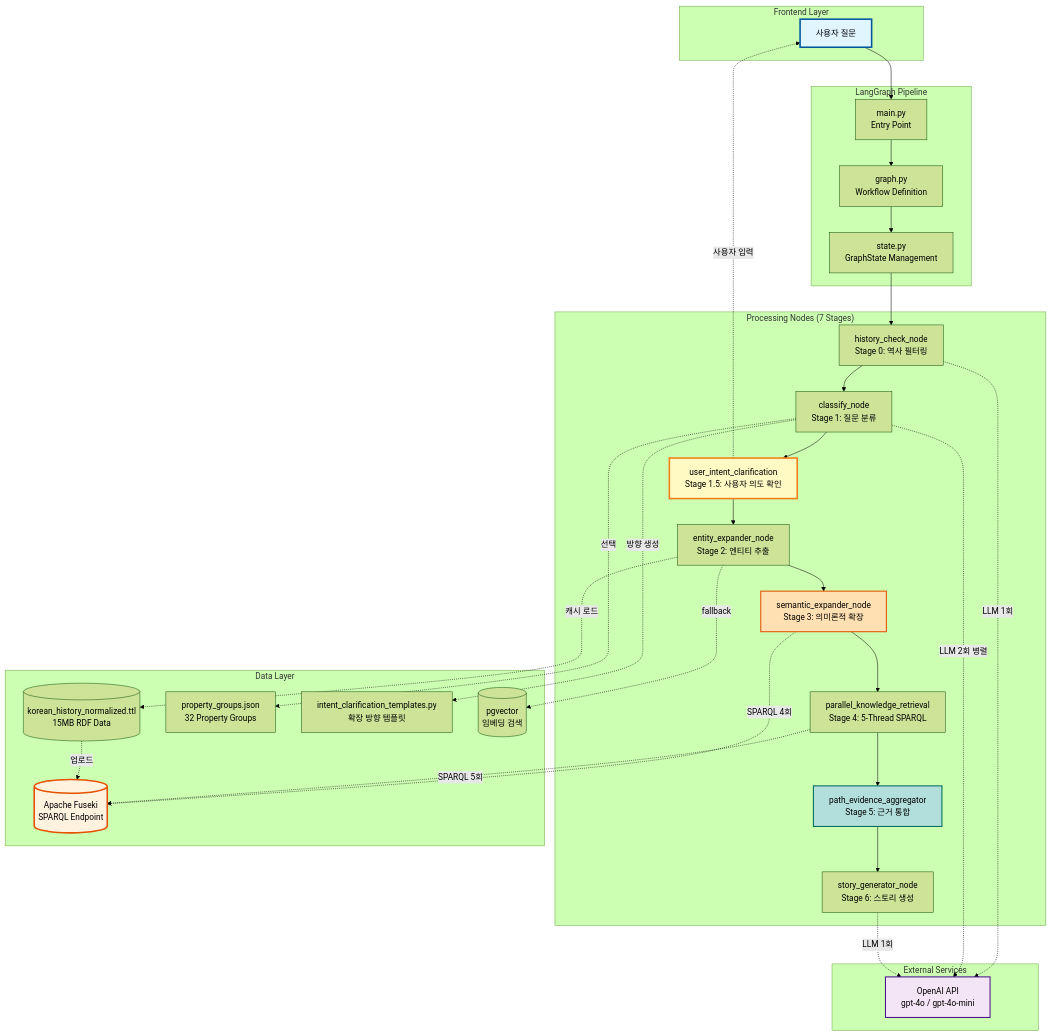
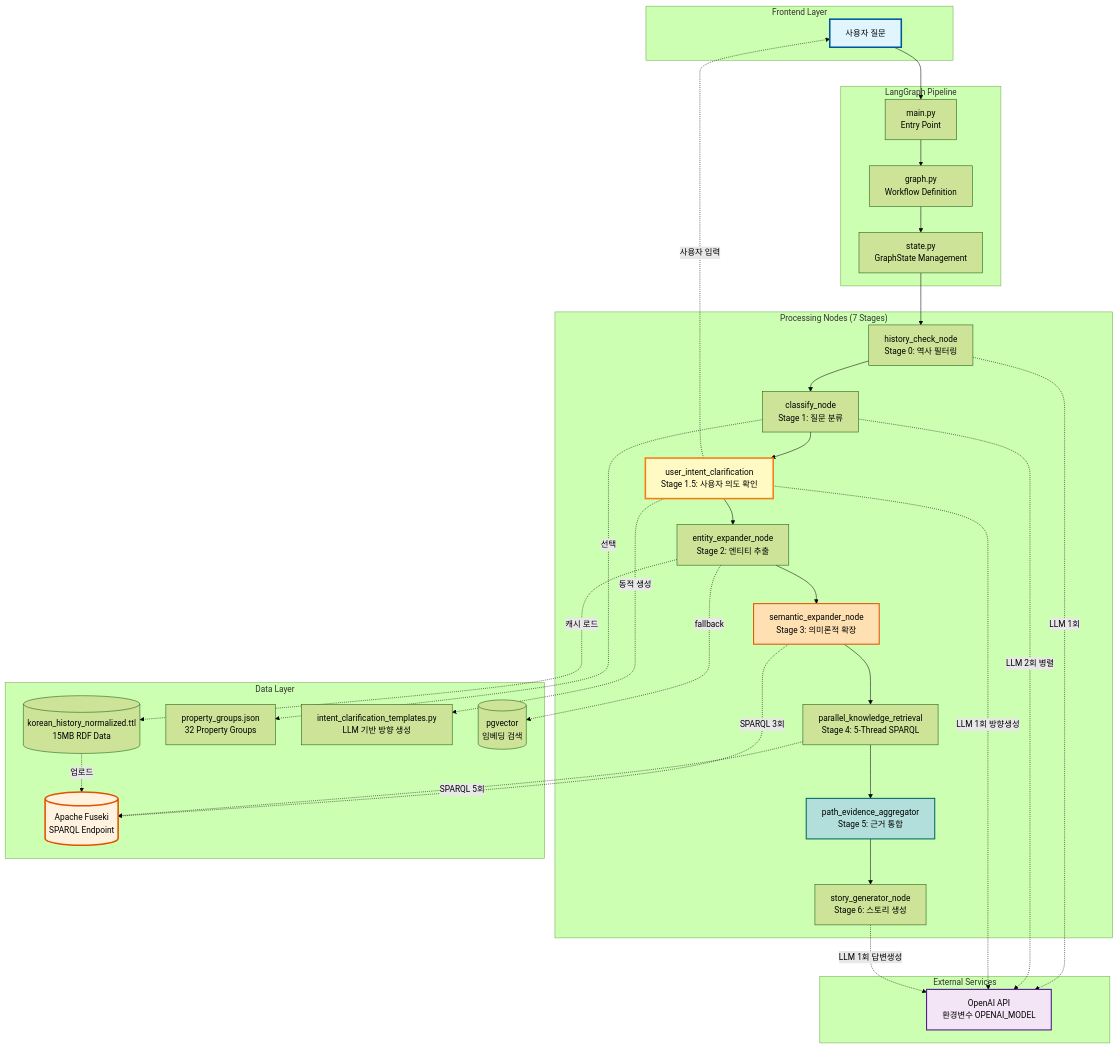
Before and after one commit to SKNETWORKS-FAMILY-AICAMP/SKN18-FINAL-3TEAM: the first of 3 diagrams in backend/langgraph_fuseki/docs/README.md, drawn with Mermaid (forest theme). The commit also changed other lines of this file and 16 other files, not shown here.

````diff
--- a/backend/langgraph_fuseki/docs/README.md
+++ b/backend/langgraph_fuseki/docs/README.md
@@ -47,68 +47,69 @@
 ```mermaid
 graph TB
     subgraph "Frontend Layer"
         User[사용자 질문]
     end
 
     subgraph "LangGraph Pipeline"
         Main[main.py<br/>Entry Point]
         Graph[graph.py<br/>Workflow Definition]
         State[state.py<br/>GraphState Management]
     end
 
     subgraph "Processing Nodes (7 Stages)"
         N0[history_check_node<br/>Stage 0: 역사 필터링]
         N1[classify_node<br/>Stage 1: 질문 분류]
         N1_5[user_intent_clarification<br/>Stage 1.5: 사용자 의도 확인]
         N2[entity_expander_node<br/>Stage 2: 엔티티 추출]
         N3[semantic_expander_node<br/>Stage 3: 의미론적 확장]
         N4[parallel_knowledge_retrieval<br/>Stage 4: 5-Thread SPARQL]
         N5[path_evidence_aggregator<br/>Stage 5: 근거 통합]
         N6[story_generator_node<br/>Stage 6: 스토리 생성]
     end
 
     subgraph "Data Layer"
         TTL[(korean_history_normalized.ttl<br/>15MB RDF Data)]
         Groups[property_groups.json<br/>32 Property Groups]
-        Templates[intent_clarification_templates.py<br/>확장 방향 템플릿]
+        Templates[intent_clarification_templates.py<br/>LLM 기반 방향 생성]
         Fuseki[(Apache Fuseki<br/>SPARQL Endpoint)]
         PGVector[(pgvector<br/>임베딩 검색)]
     end
 
     subgraph "External Services"
-        OpenAI[OpenAI API<br/>gpt-4o / gpt-4o-mini]
+        OpenAI[OpenAI API<br/>환경변수 OPENAI_MODEL]
     end
 
     User --> Main
     Main --> Graph
     Graph --> State
     State --> N0
     N0 --> N1
     N1 --> N1_5
     N1_5 --> N2
     N2 --> N3
     N3 --> N4
     N4 --> N5
     N5 --> N6
 
     N0 -.LLM 1회.-> OpenAI
     N1 -.LLM 2회 병렬.-> OpenAI
+    N1_5 -.LLM 1회 방향생성.-> OpenAI
     N1_5 -.사용자 입력.-> User
-    N6 -.LLM 1회.-> OpenAI
+    N6 -.LLM 1회 답변생성.-> OpenAI
 
     N2 -.캐시 로드.-> TTL
     N2 -.fallback.-> PGVector
     N1 -.선택.-> Groups
-    N1 -.방향 생성.-> Templates
-    N3 -.SPARQL 4회.-> Fuseki
+    N1_5 -.동적 생성.-> Templates
+    N3 -.SPARQL 3회.-> Fuseki
     N4 -.SPARQL 5회.-> Fuseki
 
     TTL -.업로드.-> Fuseki
 
     style User fill:#e1f5ff,stroke:#01579b,stroke-width:3px
     style Fuseki fill:#fff3e0,stroke:#e65100,stroke-width:3px
     style OpenAI fill:#f3e5f5,stroke:#4a148c,stroke-width:2px
     style N1_5 fill:#fff9c4,stroke:#f57f17,stroke-width:3px
     style N3 fill:#ffe0b2,stroke:#e65100,stroke-width:2px
     style N5 fill:#b2dfdb,stroke:#00695c,stroke-width:2px
 ```
````
